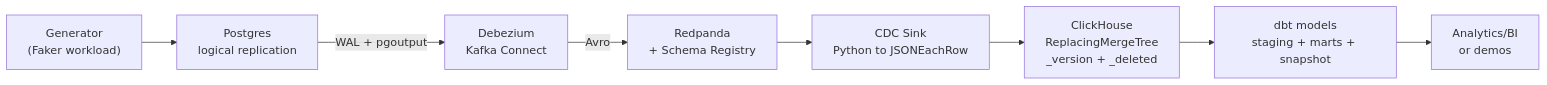
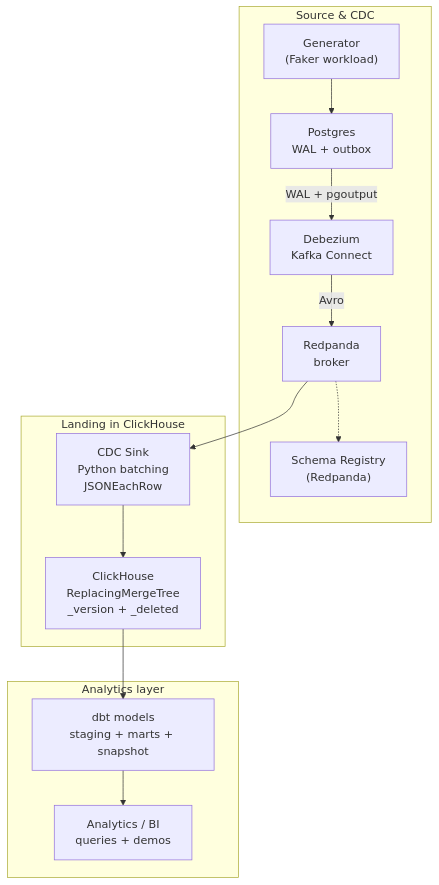
The diagram in README.md (aosman101/streamshop-cdc-analytics), drawn with Mermaid before and after one commit.

Commit message:
Revise architecture diagram in README for improved clarity and structure

````diff
--- a/README.md
+++ b/README.md
@@ -16,10 +16,19 @@
 ```mermaid
-flowchart LR
-    G["Generator<br/>(Faker workload)"] --> PG["Postgres<br/>logical replication"]
-    PG -->|WAL + pgoutput| DBZ["Debezium<br/>Kafka Connect"]
-    DBZ -->|Avro| RP["Redpanda<br/>+ Schema Registry"]
-    RP --> CON["CDC Sink<br/>Python to JSONEachRow"]
-    CON --> CH["ClickHouse<br/>ReplacingMergeTree<br/>_version + _deleted"]
-    CH --> DBT["dbt models<br/>staging + marts + snapshot"]
-    DBT --> BI["Analytics/BI<br/>or demos"]
+flowchart TD
+    subgraph source_cdc [Source & CDC]
+        GEN["Generator<br/>(Faker workload)"] --> PG["Postgres<br/>WAL + outbox"]
+        PG -->|WAL + pgoutput| DBZ["Debezium<br/>Kafka Connect"]
+        DBZ -->|Avro| RP["Redpanda<br/>broker"]
+        RP -.-> SR["Schema Registry<br/>(Redpanda)"]
+    end
+
+    subgraph landing [Landing in ClickHouse]
+        RP --> SINK["CDC Sink<br/>Python batching<br/>JSONEachRow"]
+        SINK --> CH["ClickHouse<br/>ReplacingMergeTree<br/>_version + _deleted"]
+    end
+
+    subgraph analytics [Analytics layer]
+        CH --> DBT["dbt models<br/>staging + marts + snapshot"]
+        DBT --> BI["Analytics / BI<br/>queries + demos"]
+    end
 ```
````
